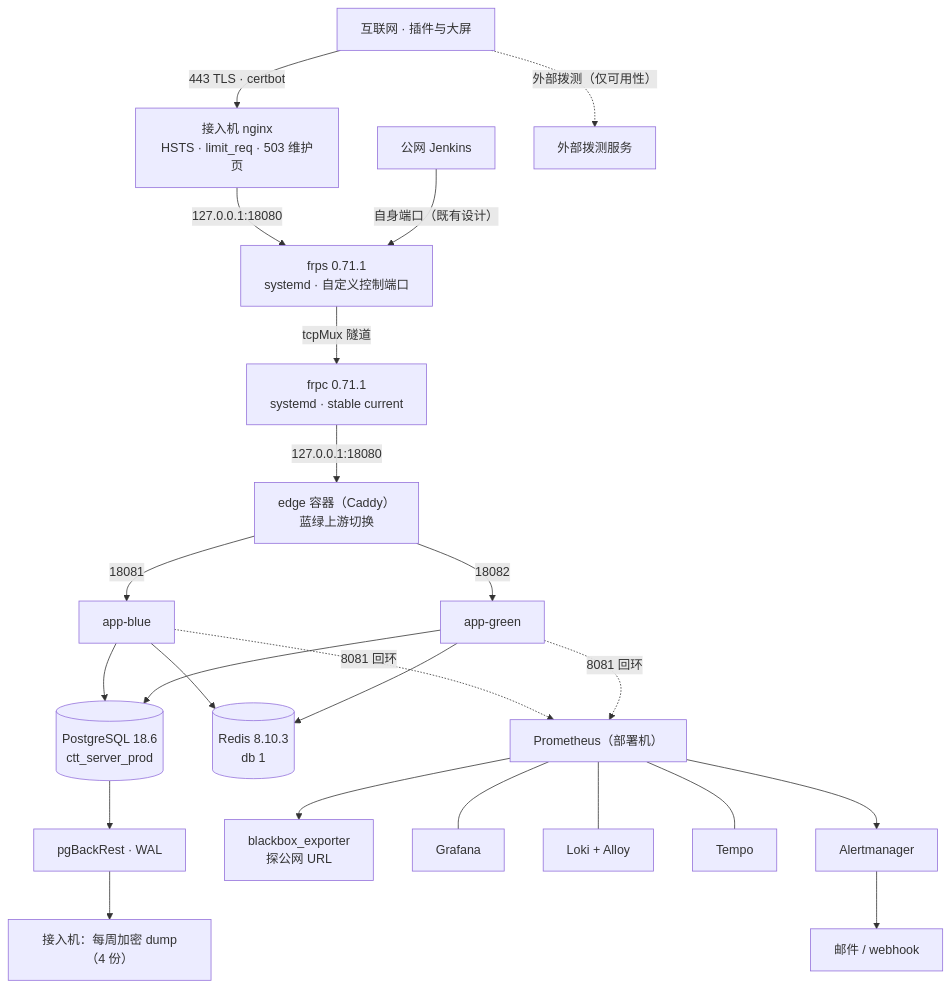
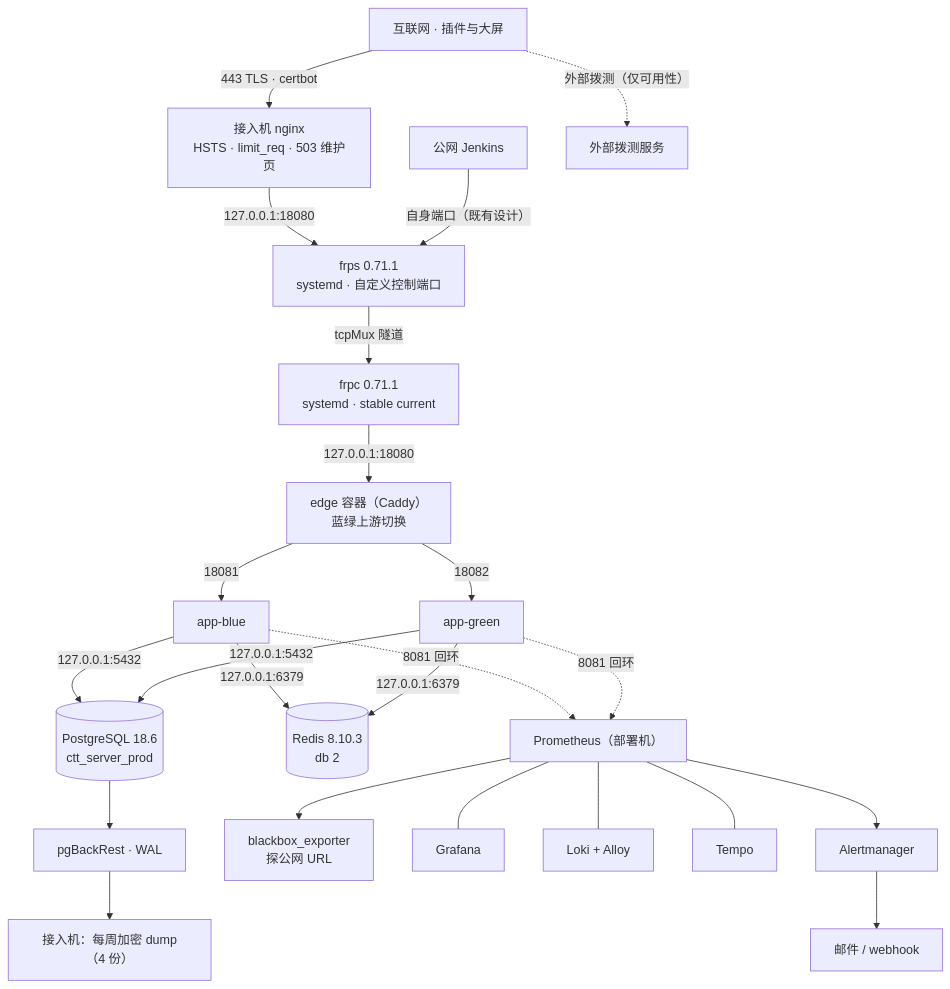
The eighth of 9 diagrams in .plans/ctt-server-development-plan.md (AhogeK/ctt-server), drawn with Mermaid before and after one commit. The commit also changed other lines of this file and 2 other files, not shown here.

````diff
--- a/.plans/ctt-server-development-plan.md
+++ b/.plans/ctt-server-development-plan.md
@@ -2508,25 +2515,25 @@
 ```mermaid
 flowchart TB
     U["互联网 · 插件与大屏"] -->|"443 TLS · certbot"| N["接入机 nginx<br/>HSTS · limit_req · 503 维护页"]
     N -->|"127.0.0.1:18080"| S["frps 0.71.1<br/>systemd · 自定义控制端口"]
     J["公网 Jenkins"] -->|"自身端口（既有设计）"| S
     S -->|"tcpMux 隧道"| C["frpc 0.71.1<br/>systemd · stable current"]
     C -->|"127.0.0.1:18080"| E["edge 容器（Caddy）<br/>蓝绿上游切换"]
     E -->|"18081"| B["app-blue"]
     E -->|"18082"| G["app-green"]
-    B --> PG[("PostgreSQL 18.6<br/>ctt_server_prod")]
-    G --> PG
-    B --> RD[("Redis 8.10.3<br/>db 1")]
-    G --> RD
+    B -->|"127.0.0.1:5432"| PG[("PostgreSQL 18.6<br/>ctt_server_prod")]
+    G -->|"127.0.0.1:5432"| PG
+    B -->|"127.0.0.1:6379"| RD[("Redis 8.10.3<br/>db 2")]
+    G -->|"127.0.0.1:6379"| RD
     B -.->|"8081 回环"| P["Prometheus（部署机）"]
     G -.->|"8081 回环"| P
     P --> AM["Alertmanager"]
     AM --> MAIL["邮件 / webhook"]
     P --> BB["blackbox_exporter<br/>探公网 URL"]
     P --- G2["Grafana"]
     P --- LK["Loki + Alloy"]
     P --- TP["Tempo"]
     PG --> BR["pgBackRest · WAL"]
     BR --> HK2["接入机：每周加密 dump（4 份）"]
     U -.->|"外部拨测（仅可用性）"| EXT["外部拨测服务"]
 ```
````
